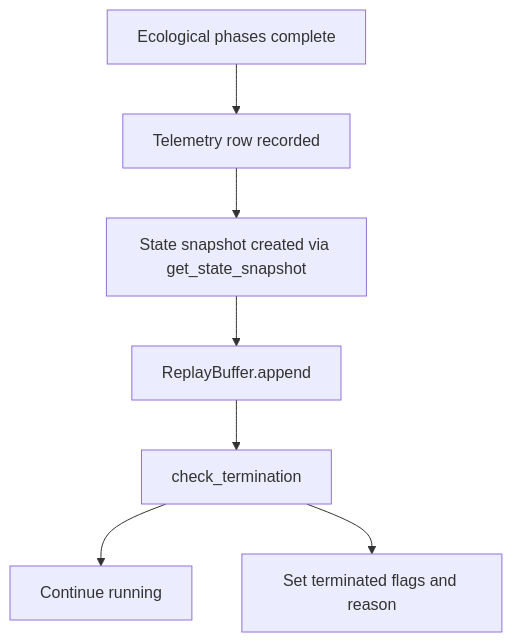
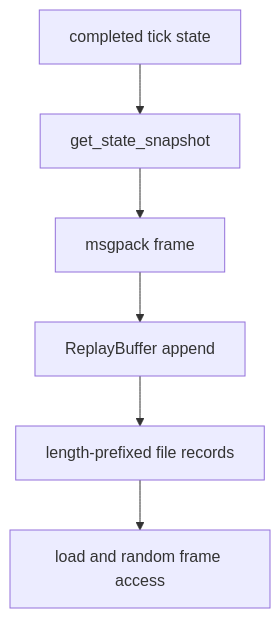
One commit to foersben/PHIDS changed the first of 2 diagrams in docs/telemetry/replay-and-termination-semantics.md. Above: the diagram before and after it, drawn with Mermaid. The commit also changed other lines of this file and 51 other files, not shown here.

Commit message:
Fix draft apply UX, stabilize wind behavior, and resolve Mermaid/TikZ docs issues

````diff
--- a/docs/telemetry/replay-and-termination-semantics.md
+++ b/docs/telemetry/replay-and-termination-semantics.md
@@ -186,9 +11,8 @@
 ```mermaid
 flowchart TD
-    A[Ecological phases complete] --> B[Telemetry row recorded]
-    B --> C[State snapshot created via get_state_snapshot]
-    C --> D[ReplayBuffer.append]
-    D --> E[check_termination]
-    E --> F1[Continue running]
-    E --> F2[Set terminated flags and reason]
+    A[completed tick state] --> B[get_state_snapshot]
+    B --> C[msgpack frame]
+    C --> D[ReplayBuffer append]
+    D --> E[length-prefixed file records]
+    E --> F[load and random frame access]
 ```
````
